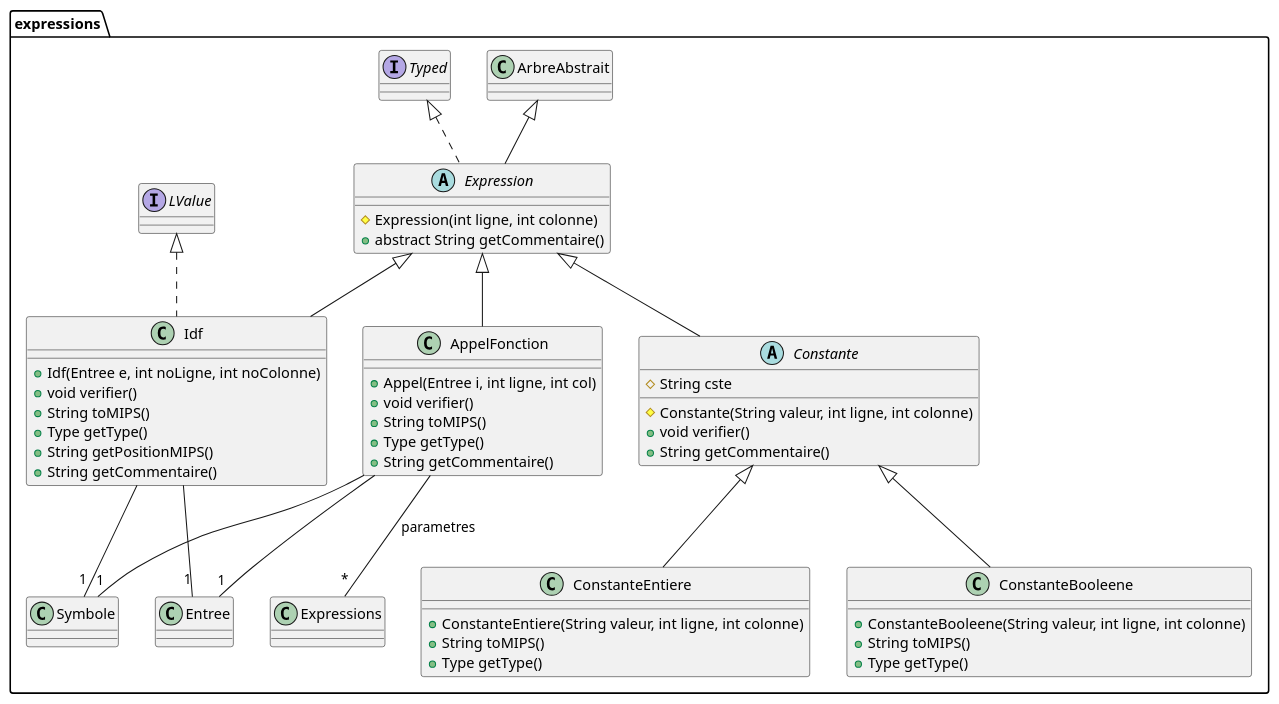
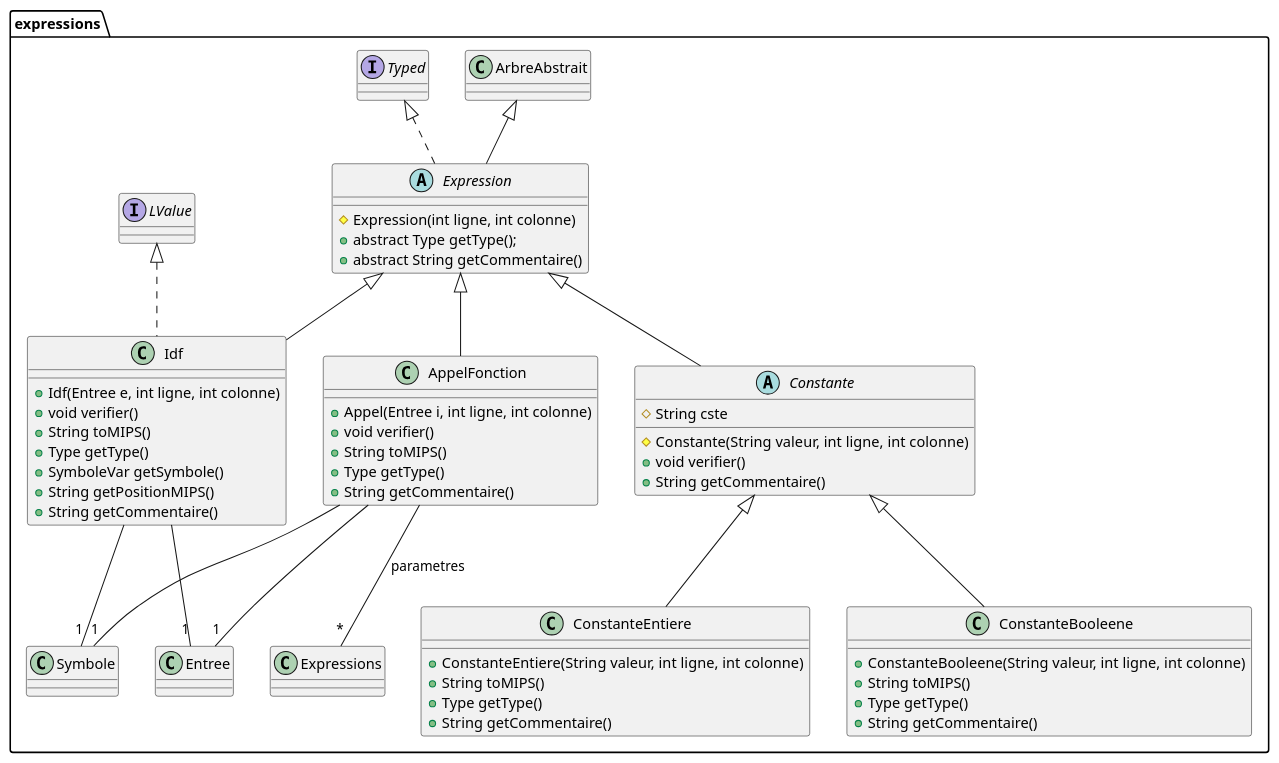
Before and after one commit to wehddn/L3-Compilation-Projet: the diagram in src/Diagrammes/arbre.expressions.puml, drawn with PlantUML. The commit also changed 8 other files, not shown here.

Commit message:
Modification des classes de package Expression - Mise a jour selon le diagramme

```diff
--- a/src/Diagrammes/arbre.expressions.puml
+++ b/src/Diagrammes/arbre.expressions.puml
@@ -1,52 +1,56 @@
 @startuml
 package expressions {
 	class AppelFonction extends Expression {
-		+ Appel(Entree i, int ligne, int col)
+		+ Appel(Entree i, int ligne, int colonne)
 		+ void verifier()
 		+ String toMIPS()
 		+ Type getType()
 		+ String getCommentaire()
 	}
 	AppelFonction --"1" Entree
 	AppelFonction --"1" Symbole
 	AppelFonction --"*" Expressions : parametres
 
 
 
 	abstract class Constante extends Expression {
 		# String cste
 		# Constante(String valeur, int ligne, int colonne)
 		+ void verifier()
 		+ String getCommentaire()
 	}
 
 	class ConstanteBooleene extends Constante {
 		+ ConstanteBooleene(String valeur, int ligne, int colonne)
 		+ String toMIPS()
 		+ Type getType()
+		+ String getCommentaire()
 	}
 
 	class ConstanteEntiere extends Constante {
 		+ ConstanteEntiere(String valeur, int ligne, int colonne)
 		+ String toMIPS()
 		+ Type getType()
+		+ String getCommentaire()
 	}
 
 
 	abstract class Expression extends ArbreAbstrait implements Typed{
 		# Expression(int ligne, int colonne)
+		+ abstract Type getType();
 		+ abstract String getCommentaire()
 	}
 
 	class Idf extends Expression implements LValue {
-		+ Idf(Entree e, int noLigne, int noColonne)
+		+ Idf(Entree e, int ligne, int colonne)
 		+ void verifier()
 		+ String toMIPS()
 		+ Type getType()
+		+ SymboleVar getSymbole()
 		+ String getPositionMIPS()
 		+ String getCommentaire()
 	}
 	Idf --"1" Symbole
 	Idf --"1" Entree
 }
 @enduml
```
